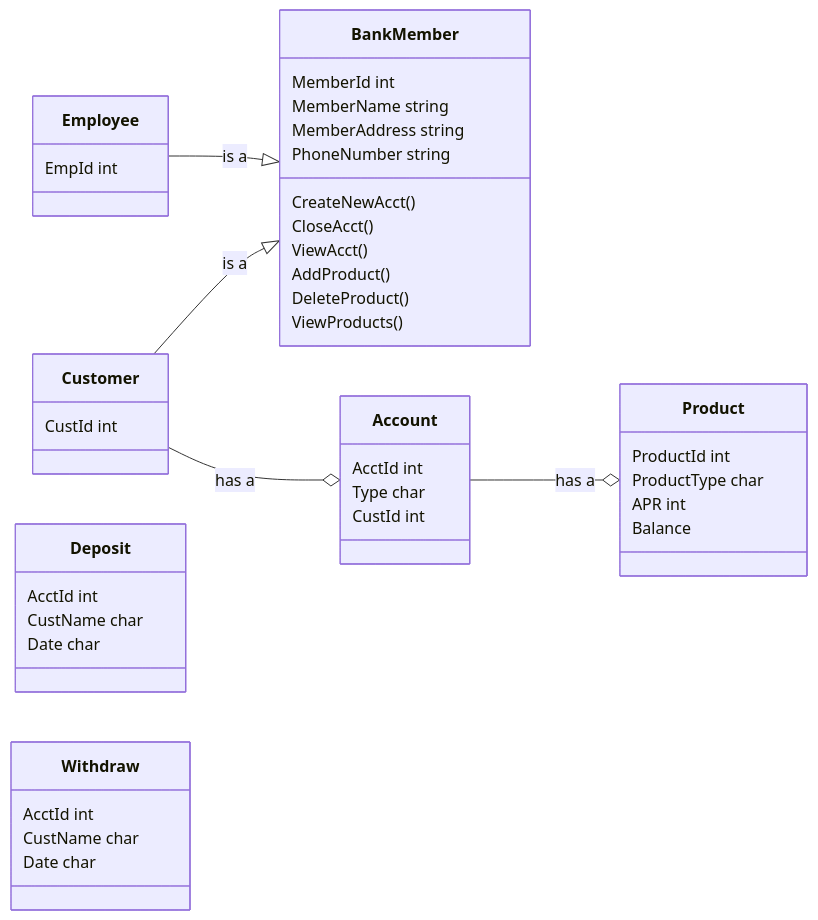
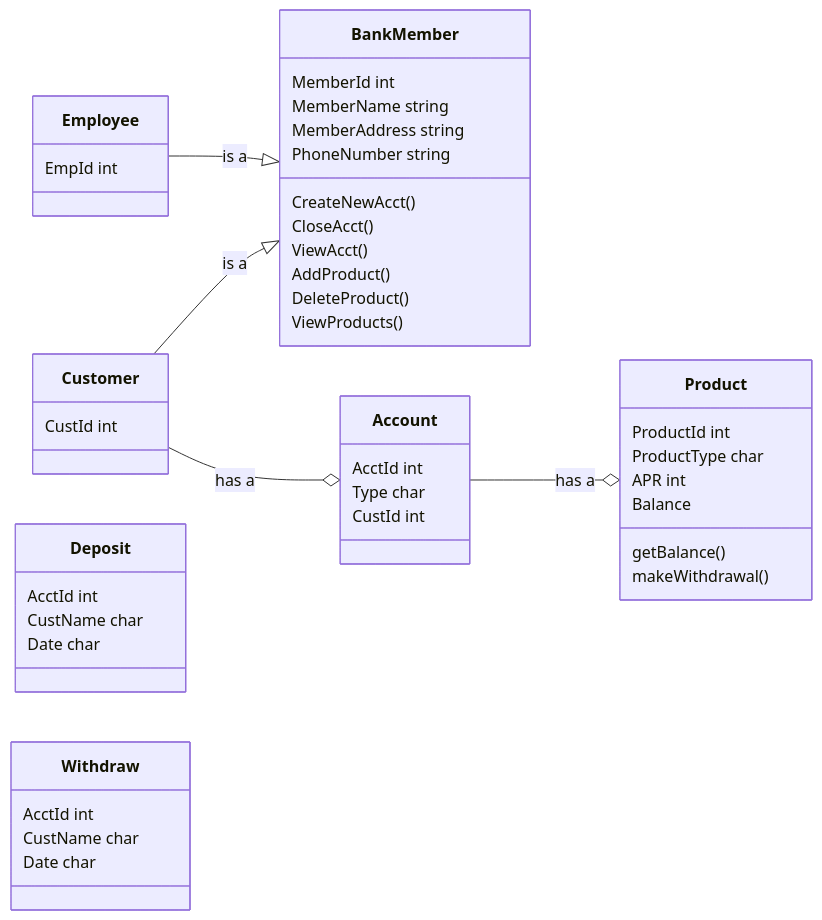
The diagram in mermaid.md (Marcus-Snell/Test), drawn with Mermaid before and after one commit.

````diff
--- a/mermaid.md
+++ b/mermaid.md
@@ -1,45 +1,47 @@
 ```mermaid
 classDiagram
 direction LR
 BankMember
 BankMember : MemberId int
 BankMember : MemberName string
 BankMember : MemberAddress string
 BankMember : PhoneNumber string
 BankMember : CreateNewAcct()
 BankMember: CloseAcct()
 BankMember : ViewAcct()
 BankMember : AddProduct()
 BankMember : DeleteProduct()
 BankMember : ViewProducts()
 
 Employee --|> BankMember : is a
 Employee : EmpId int
 
 Customer --|> BankMember : is a
 Customer --o Account : has a
 Customer : CustId int
 
 Account --o Product : has a
 Account : AcctId int
 Account : Type char
 Account : CustId int
 
 Deposit
 Deposit : AcctId int
 Deposit : CustName char
 Deposit : Date char
 
 Withdraw
 Withdraw : AcctId int
 Withdraw : CustName char
 Withdraw : Date char
 
 
 Product : ProductId int
 Product : ProductType char
 Product : APR int
 Product : Balance
+Product : getBalance()
+Product : makeWithdrawal()
 
 
 ```
````
